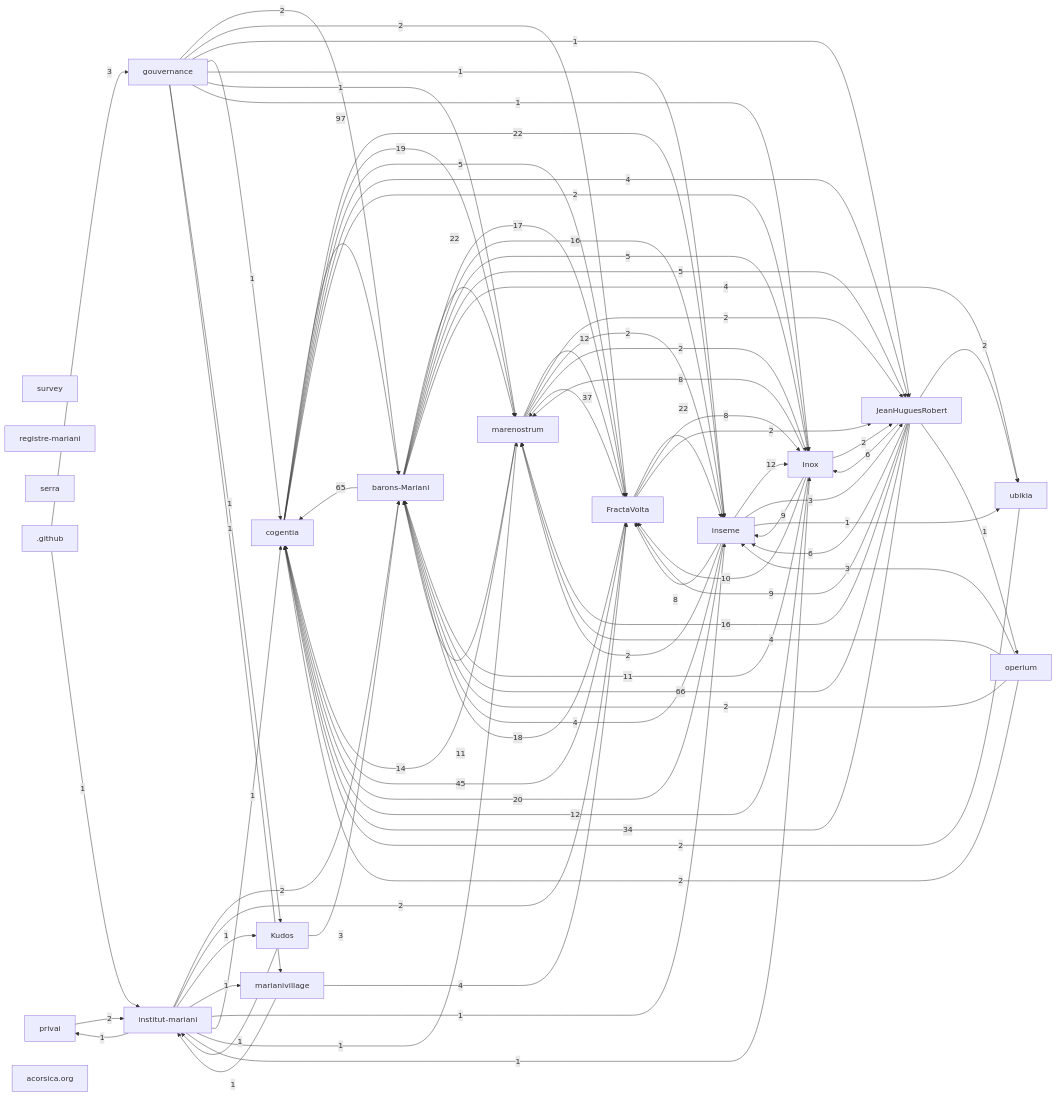
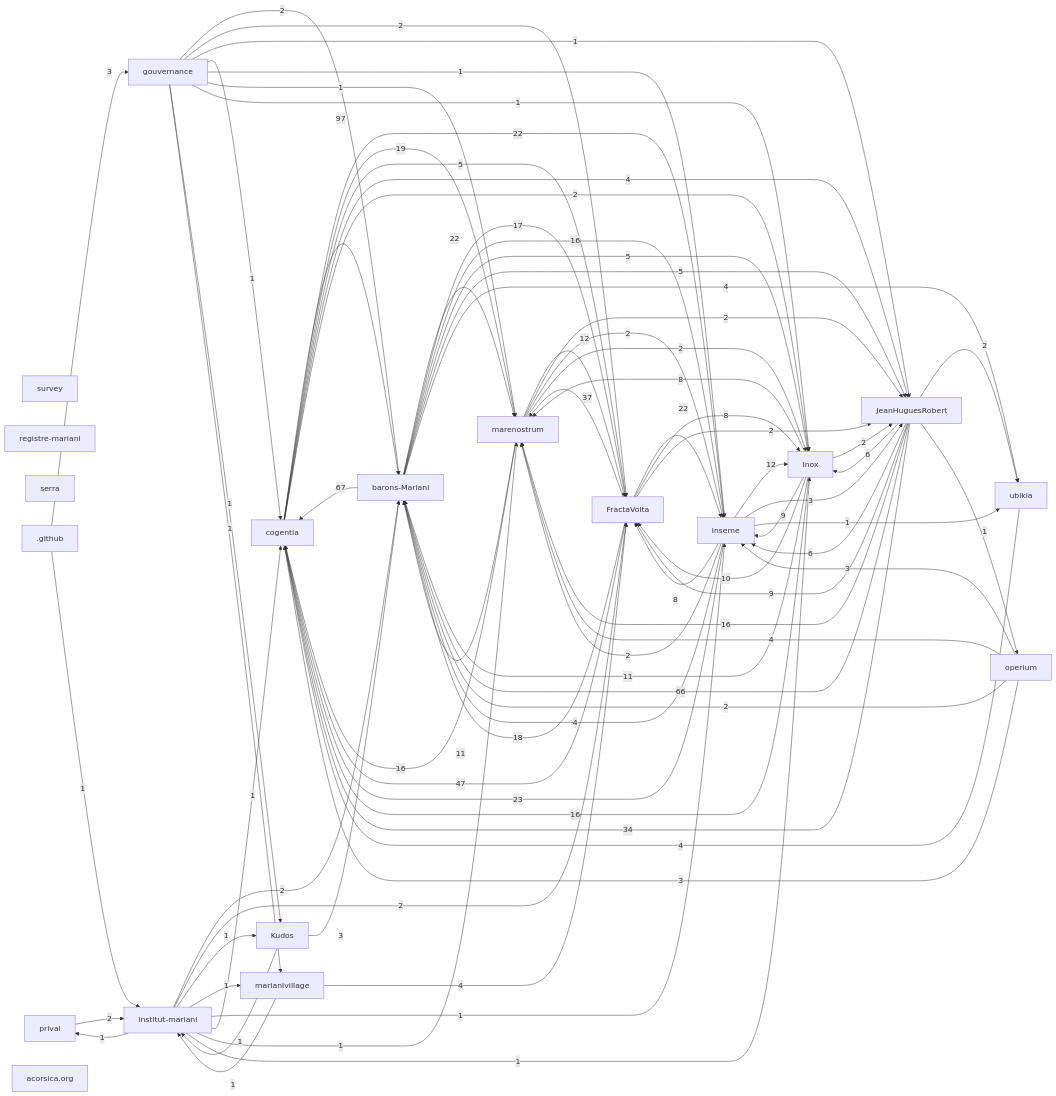
Before and after one commit to JeanHuguesRobert/FractaVolta: the first of 2 diagrams in research/corpus-status.md, drawn with Mermaid.

Commit message:
Refresh consolidated corpus metadata

```diff
--- a/research/corpus-status.md
+++ b/research/corpus-status.md
@@ -74,22 +74,22 @@
   r_github[".github"]
   r_acorsica_org["acorsica.org"]
   r_cogentia -->|97| r_barons_mariani
+  r_barons_mariani -->|67| r_cogentia
   r_jeanhuguesrobert -->|66| r_barons_mariani
-  r_barons_mariani -->|65| r_cogentia
-  r_fractavolta -->|45| r_cogentia
+  r_fractavolta -->|47| r_cogentia
   r_fractavolta -->|37| r_marenostrum
   r_jeanhuguesrobert -->|34| r_cogentia
+  r_inseme -->|23| r_cogentia
   r_barons_mariani -->|22| r_marenostrum
   r_cogentia -->|22| r_inseme
   r_fractavolta -->|22| r_inseme
-  r_inseme -->|20| r_cogentia
   r_cogentia -->|19| r_marenostrum
   r_fractavolta -->|18| r_barons_mariani
   r_barons_mariani -->|17| r_fractavolta
   r_barons_mariani -->|16| r_inseme
+  r_inox -->|16| r_cogentia
   r_jeanhuguesrobert -->|16| r_marenostrum
-  r_marenostrum -->|14| r_cogentia
-  r_inox -->|12| r_cogentia
+  r_marenostrum -->|16| r_cogentia
   r_inseme -->|12| r_inox
   r_marenostrum -->|12| r_fractavolta
   r_inox -->|11| r_barons_mariani
@@ -110,9 +110,11 @@
   r_inseme -->|4| r_barons_mariani
   r_marianivillage -->|4| r_fractavolta
   r_operium -->|4| r_marenostrum
+  r_ubikia -->|4| r_cogentia
   r_github -->|3| r_gouvernance
   r_inseme -->|3| r_jeanhuguesrobert
   r_kudos -->|3| r_barons_mariani
+  r_operium -->|3| r_cogentia
   r_operium -->|3| r_inseme
   r_cogentia -->|2| r_inox
   r_fractavolta -->|2| r_jeanhuguesrobert
@@ -126,10 +128,8 @@
   r_marenostrum -->|2| r_jeanhuguesrobert
   r_marenostrum -->|2| r_inseme
   r_marenostrum -->|2| r_inox
-  r_operium -->|2| r_cogentia
   r_operium -->|2| r_barons_mariani
   r_privai -->|2| r_institut_mariani
-  r_ubikia -->|2| r_cogentia
   r_github -->|1| r_institut_mariani
   r_gouvernance -->|1| r_jeanhuguesrobert
   r_gouvernance -->|1| r_cogentia
```
